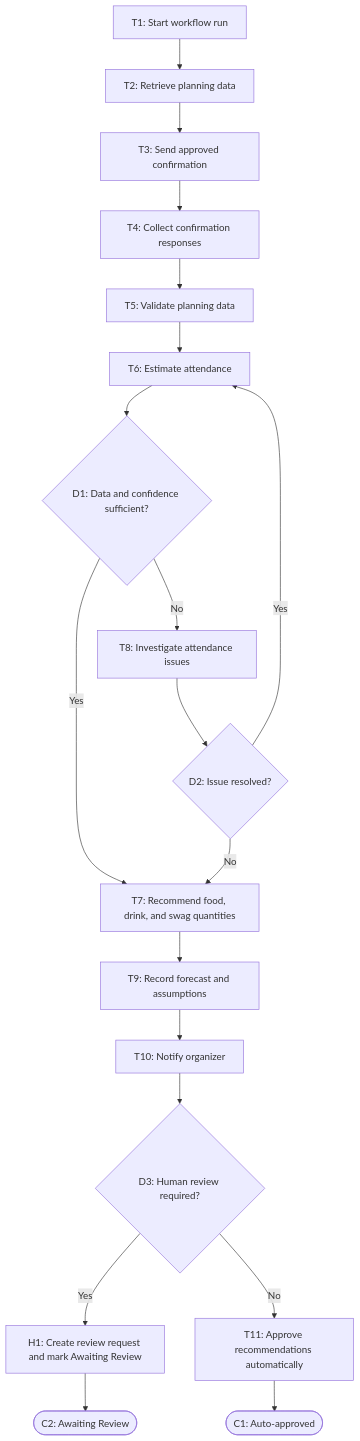
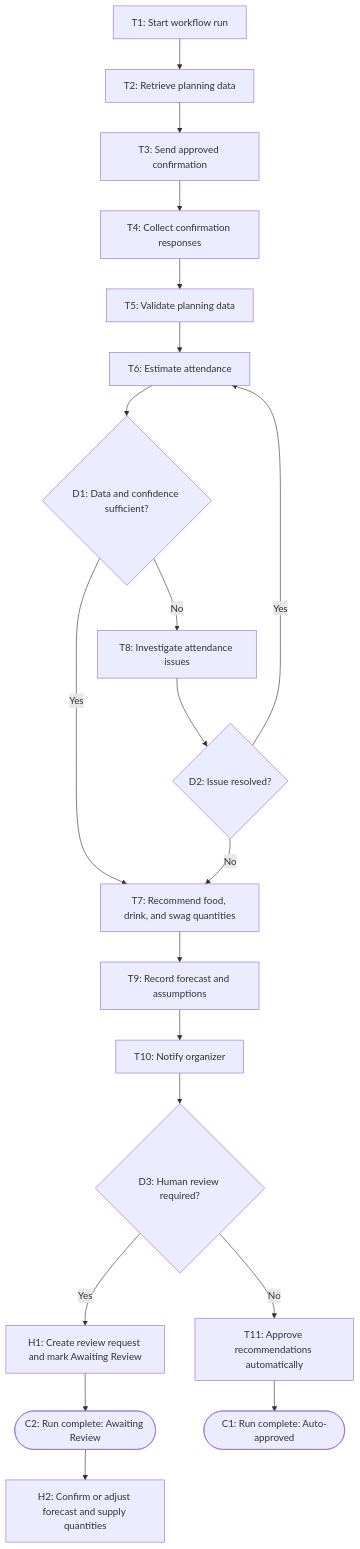
Before and after one commit to pghosh-101/BUS4498_InClass_Builds: the diagram in my_first_agent/agent/workflow-of-tasks.md, drawn with Mermaid. The commit also changed other lines of this file, not shown here.

````diff
--- a/my_first_agent/agent/workflow-of-tasks.md
+++ b/my_first_agent/agent/workflow-of-tasks.md
@@ -23,21 +25,22 @@
 ```mermaid
 flowchart TD
     T1["T1: Start workflow run"] --> T2["T2: Retrieve planning data"]
     T2 --> T3["T3: Send approved confirmation"]
     T3 --> T4["T4: Collect confirmation responses"]
     T4 --> T5["T5: Validate planning data"]
     T5 --> T6["T6: Estimate attendance"]
     T6 --> D1{"D1: Data and confidence sufficient?"}
     D1 -->|Yes| T7["T7: Recommend food, drink, and swag quantities"]
     D1 -->|No| T8["T8: Investigate attendance issues"]
     T8 --> D2{"D2: Issue resolved?"}
     D2 -->|Yes| T6
     D2 -->|No| T7
     T7 --> T9["T9: Record forecast and assumptions"]
     T9 --> T10["T10: Notify organizer"]
     T10 --> D3{"D3: Human review required?"}
     D3 -->|Yes| H1["H1: Create review request and mark Awaiting Review"]
     D3 -->|No| T11["T11: Approve recommendations automatically"]
-    H1 --> C2([C2: Awaiting Review])
-    T11 --> C1([C1: Auto-approved])
+    H1 --> C2([C2: Run complete: Awaiting Review])
+    C2 --> H2["H2: Confirm or adjust forecast and supply quantities"]
+    T11 --> C1([C1: Run complete: Auto-approved])
 ```
````
